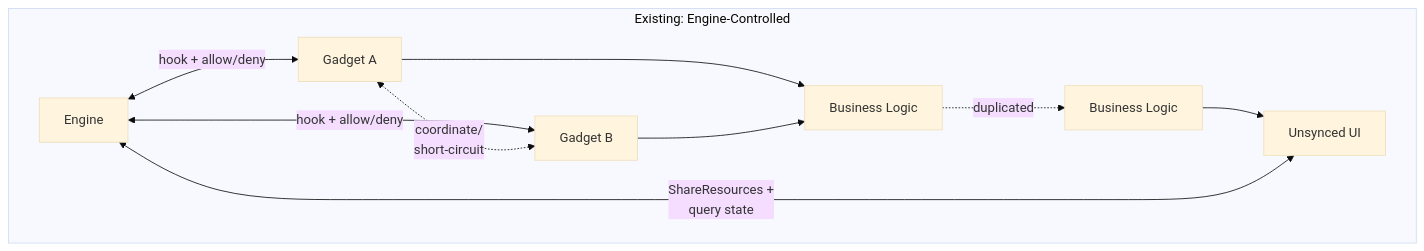
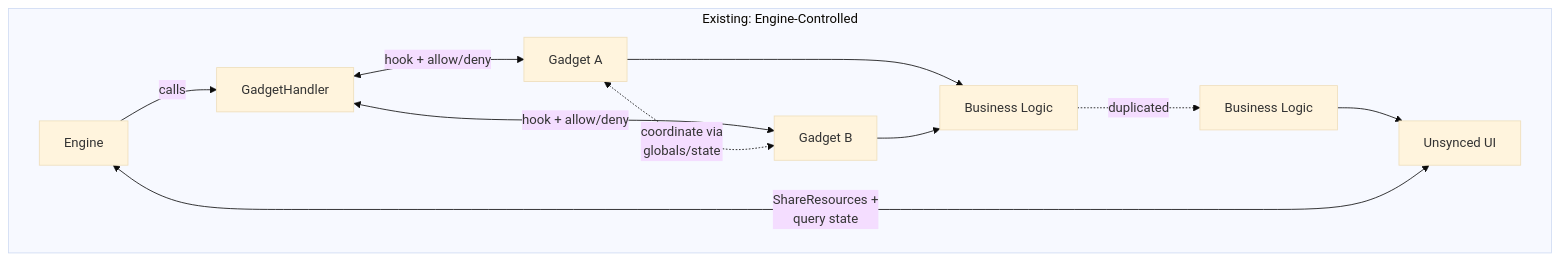
One commit to keithharvey/bar-design-docs changed the first of 6 diagrams in game_economy/explain_policies.md. Above: the diagram before and after it, drawn with Mermaid (base theme). The commit also changed other lines of this file, not shown here.

````diff
--- a/game_economy/explain_policies.md
+++ b/game_economy/explain_policies.md
@@ -45,21 +45,23 @@
 ```mermaid
 flowchart TB
     subgraph Existing["Existing: Engine-Controlled"]
         E1[Engine]
+        GH[GadgetHandler]
         G1[Gadget A]
         G2[Gadget B]
         UI[Unsynced UI]
         BL_S[Business Logic]
         BL_U[Business Logic]
         
-        E1 <-->|hook + allow/deny| G1
-        E1 <-->|hook + allow/deny| G2
-        G1 <-.->|coordinate/<br/>short-circuit| G2
+        E1 -->|calls| GH
+        GH <-->|hook + allow/deny| G1
+        GH <-->|hook + allow/deny| G2
+        G1 <-.->|coordinate via<br/>globals/state| G2
         G1 --> BL_S
         G2 --> BL_S
         
         UI <-->|ShareResources +<br/>query state| E1
         BL_S -.->|duplicated| BL_U
         BL_U --> UI
     end
 ```
````
